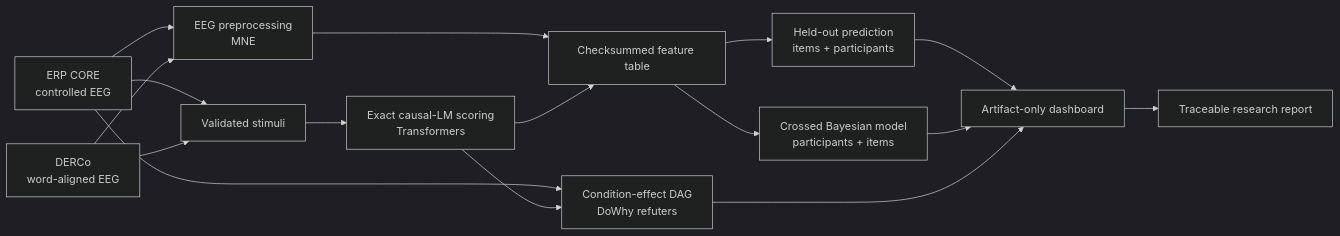
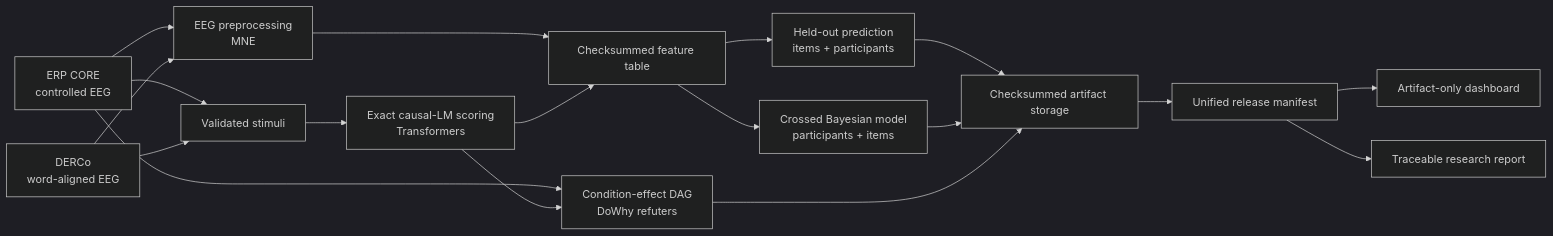
The diagram in README.md (salehestaki/cog-surp), drawn with Mermaid (dark theme) before and after one commit. The commit also changed other lines of this file and 30 other files, not shown here.

````diff
--- a/README.md
+++ b/README.md
@@ -98,18 +121,20 @@
 ```mermaid
 flowchart LR
     A[ERP CORE<br/>controlled EEG] --> B[EEG preprocessing<br/>MNE]
     C[DERCo<br/>word-aligned EEG] --> B
     A --> D[Validated stimuli]
     C --> D
     D --> E[Exact causal-LM scoring<br/>Transformers]
     B --> F[Checksummed feature table]
     E --> F
     F --> G[Held-out prediction<br/>items + participants]
     F --> H[Crossed Bayesian model<br/>participants + items]
     A --> I[Condition-effect DAG<br/>DoWhy refuters]
     E --> I
-    G --> J[Artifact-only dashboard]
+    G --> J[Checksummed artifact storage]
     H --> J
     I --> J
-    J --> K[Traceable research report]
+    J --> K[Unified release manifest]
+    K --> L[Artifact-only dashboard]
+    K --> M[Traceable research report]
 ```
````
